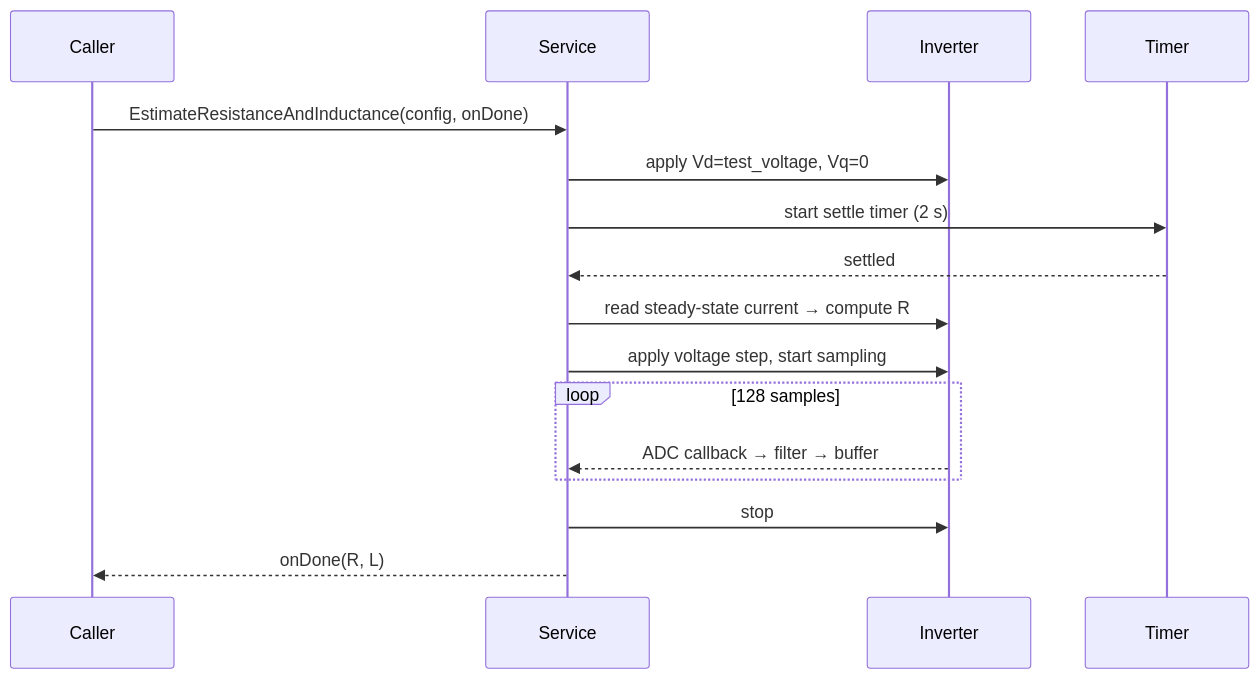
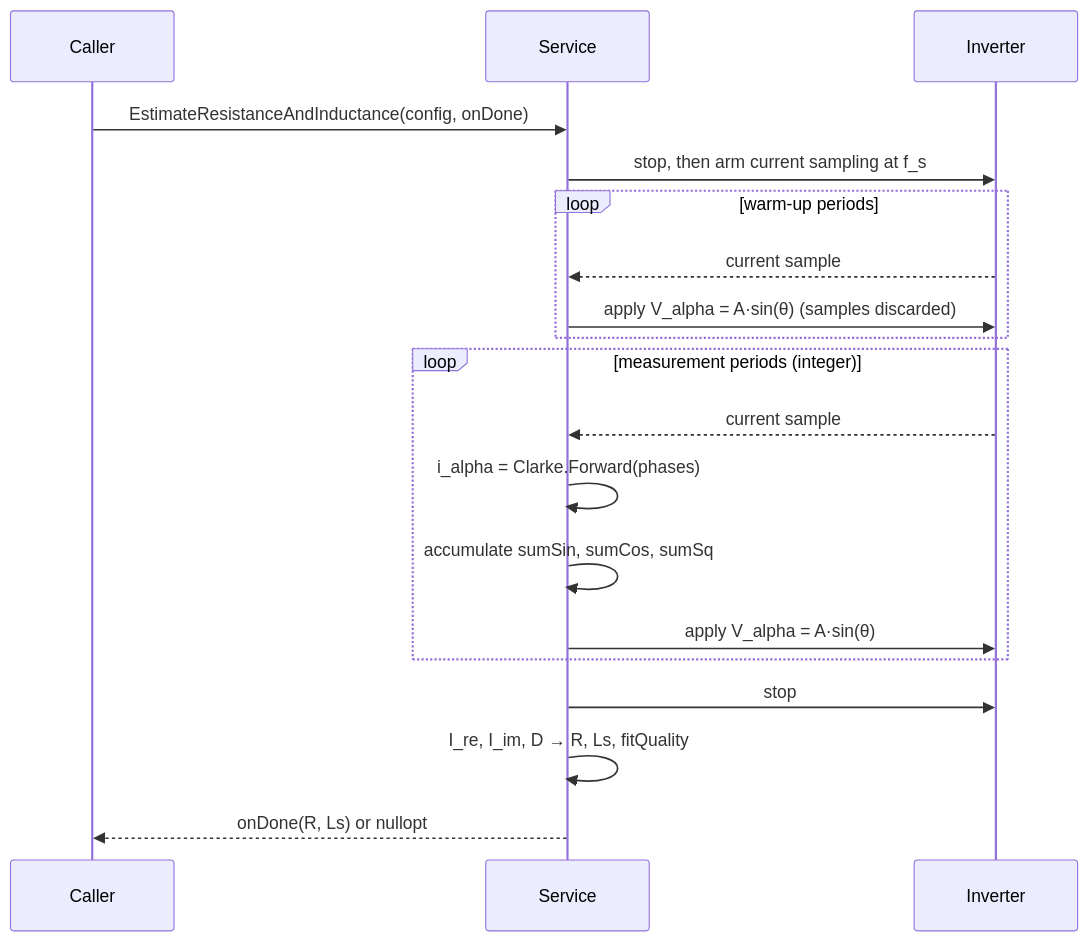
Before and after one commit to embedded-pro/e-foc: the first of 4 diagrams in documentation/design/service-electrical-ident.md, drawn with Mermaid. The commit also changed other lines of this file and 8 other files, not shown here.

````diff
--- a/documentation/design/service-electrical-ident.md
+++ b/documentation/design/service-electrical-ident.md
@@ -79,19 +105,22 @@
 ```mermaid
 sequenceDiagram
     participant Caller
     participant Service
     participant Inverter
-    participant Timer
 
     Caller->>Service: EstimateResistanceAndInductance(config, onDone)
-    Service->>Inverter: apply Vd=test_voltage, Vq=0
-    Service->>Timer: start settle timer (2 s)
-    Timer-->>Service: settled
-    Service->>Inverter: read steady-state current → compute R
-    Service->>Inverter: apply voltage step, start sampling
-    loop 128 samples
-        Inverter-->>Service: ADC callback → filter → buffer
+    Service->>Inverter: stop, then arm current sampling at f_s
+    loop warm-up periods
+        Inverter-->>Service: current sample
+        Service->>Inverter: apply V_alpha = A·sin(θ) (samples discarded)
+    end
+    loop measurement periods (integer)
+        Inverter-->>Service: current sample
+        Service->>Service: i_alpha = Clarke.Forward(phases)
+        Service->>Service: accumulate sumSin, sumCos, sumSq
+        Service->>Inverter: apply V_alpha = A·sin(θ)
     end
     Service->>Inverter: stop
-    Service-->>Caller: onDone(R, L)
+    Service->>Service: I_re, I_im, D → R, Ls, fitQuality
+    Service-->>Caller: onDone(R, Ls) or nullopt
 ```
````
